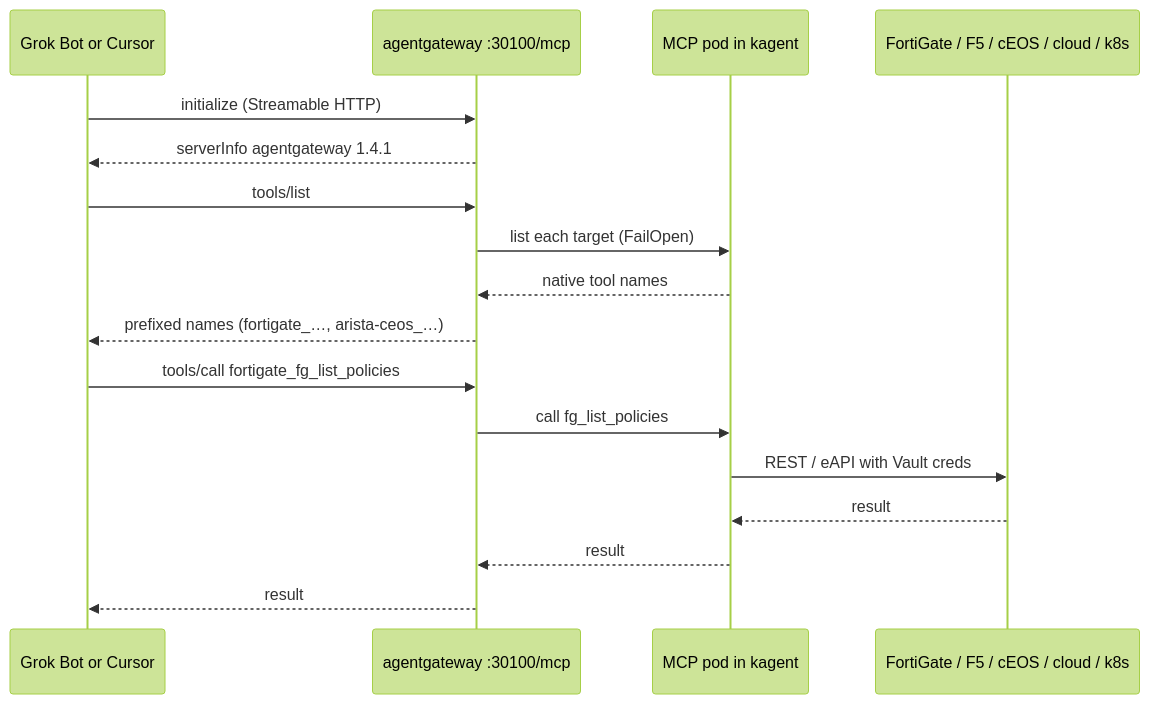
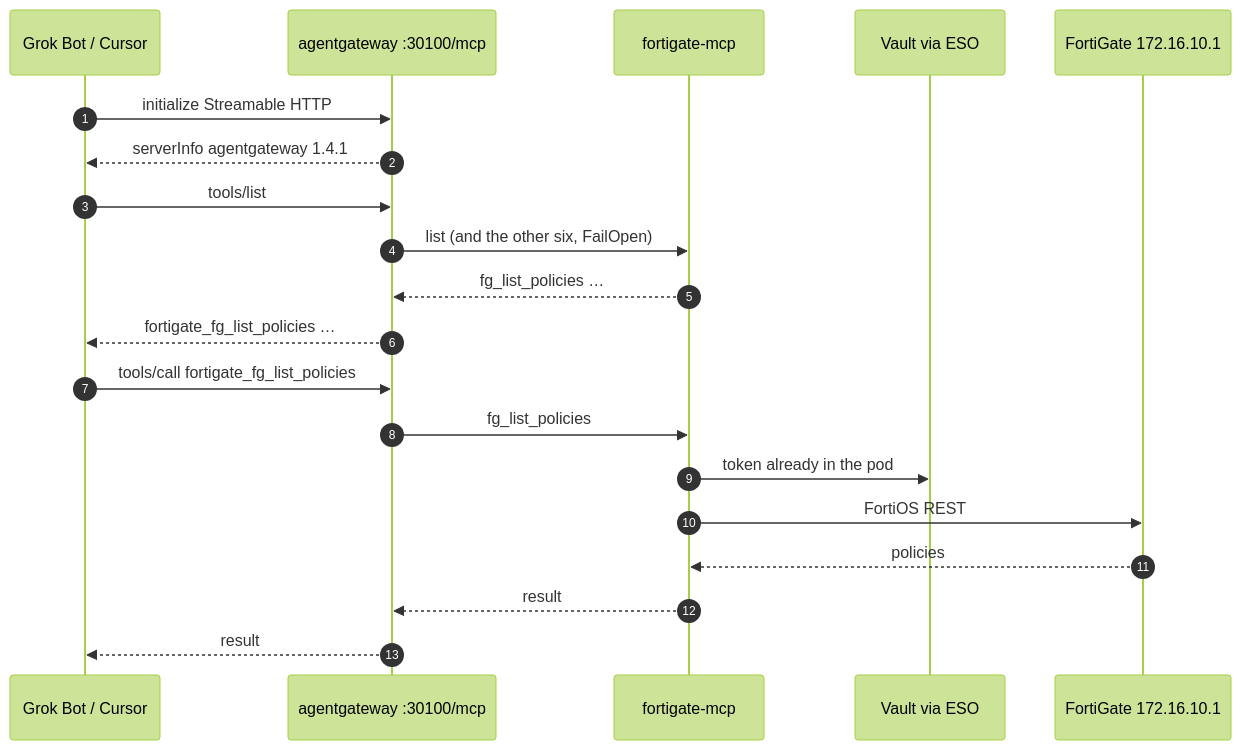
One commit to sebbycorp/k8s-viper changed the second of 3 diagrams in docs/mcp-servers/README.md. Above: the diagram before and after it, drawn with Mermaid (forest theme). The commit also changed other lines of this file, not shown here.

Commit message:
Tighten MCP traffic diagrams so the gateway jobs read clearly

````diff
--- a/docs/mcp-servers/README.md
+++ b/docs/mcp-servers/README.md
@@ -76,20 +91,23 @@
 ```mermaid
 sequenceDiagram
-  participant C as Grok Bot or Cursor
+  autonumber
+  participant C as Grok Bot / Cursor
   participant G as agentgateway :30100/mcp
-  participant P as MCP pod in kagent
-  participant T as FortiGate / F5 / cEOS / cloud / k8s
+  participant P as fortigate-mcp
+  participant V as Vault via ESO
+  participant T as FortiGate 172.16.10.1
 
-  C->>G: initialize (Streamable HTTP)
+  C->>G: initialize Streamable HTTP
   G-->>C: serverInfo agentgateway 1.4.1
   C->>G: tools/list
-  G->>P: list each target (FailOpen)
-  P-->>G: native tool names
-  G-->>C: prefixed names (fortigate_…, arista-ceos_…)
+  G->>P: list (and the other six, FailOpen)
+  P-->>G: fg_list_policies …
+  G-->>C: fortigate_fg_list_policies …
   C->>G: tools/call fortigate_fg_list_policies
-  G->>P: call fg_list_policies
-  P->>T: REST / eAPI with Vault creds
-  T-->>P: result
+  G->>P: fg_list_policies
+  P->>V: token already in the pod
+  P->>T: FortiOS REST
+  T-->>P: policies
   P-->>G: result
   G-->>C: result
 ```
````
